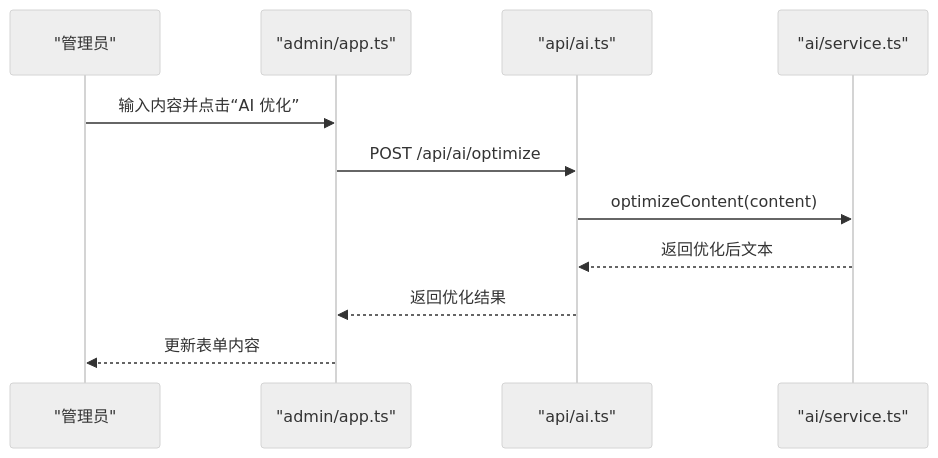
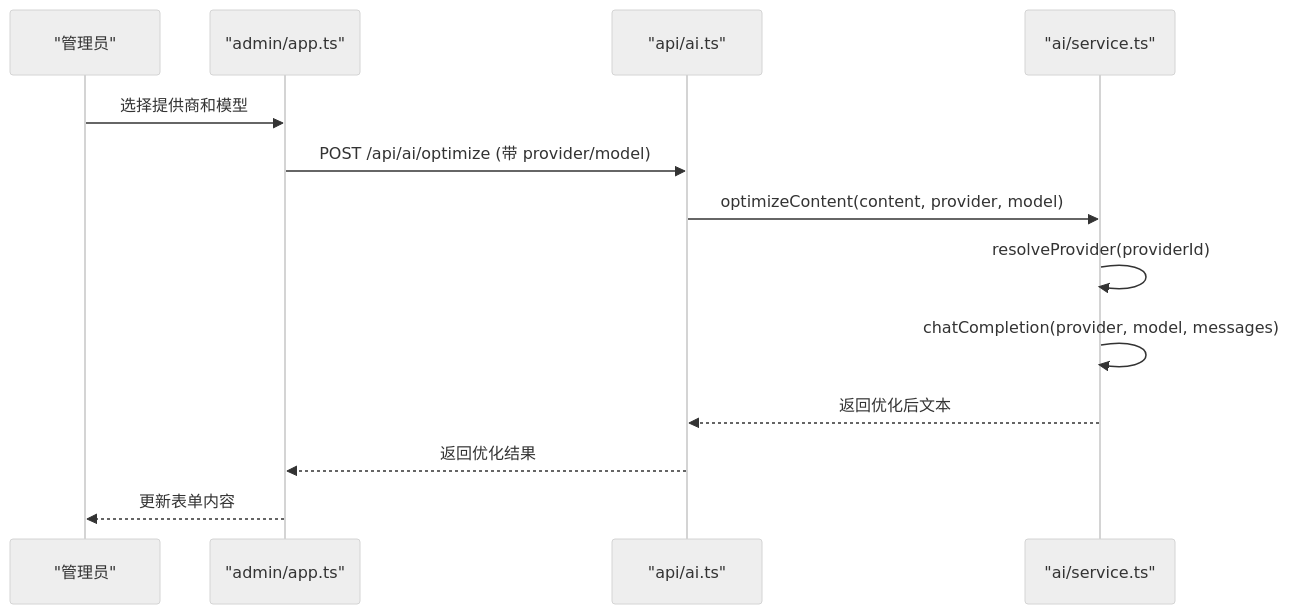
Before and after one commit to BlackBoxRecorder/memos: the seventh of 9 diagrams in .qoder/repowiki/zh/content/开发指南/开发指南.md, drawn with Mermaid (neutral theme). The commit also changed other lines of this file and 8 other files, not shown here.

````diff
--- a/.qoder/repowiki/zh/content/开发指南/开发指南.md
+++ b/.qoder/repowiki/zh/content/开发指南/开发指南.md
@@ -275,13 +290,15 @@
 ```mermaid
 sequenceDiagram
 participant U as "管理员"
 participant A as "admin/app.ts"
 participant IA as "api/ai.ts"
 participant SVC as "ai/service.ts"
-U->>A : 输入内容并点击“AI 优化”
-A->>IA : POST /api/ai/optimize
-IA->>SVC : optimizeContent(content)
+U->>A : 选择提供商和模型
+A->>IA : POST /api/ai/optimize (带 provider/model)
+IA->>SVC : optimizeContent(content, provider, model)
+SVC->>SVC : resolveProvider(providerId)
+SVC->>SVC : chatCompletion(provider, model, messages)
 SVC-->>IA : 返回优化后文本
 IA-->>A : 返回优化结果
 A-->>U : 更新表单内容
 ```
````
